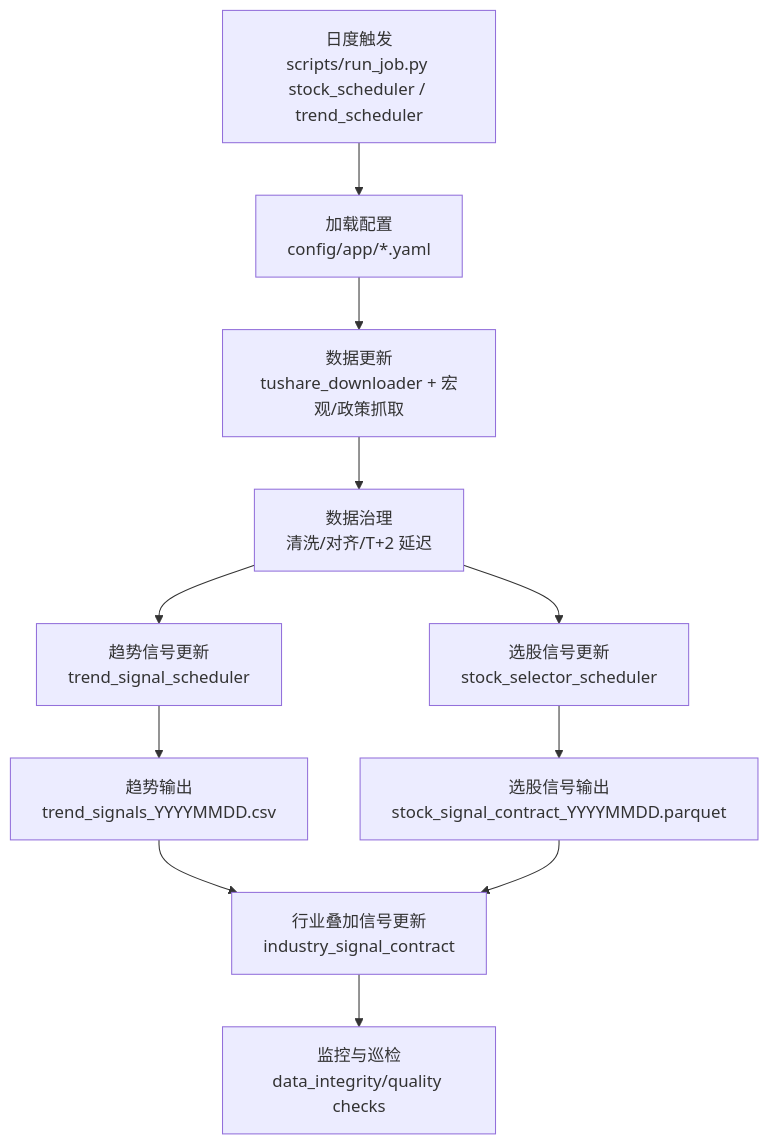
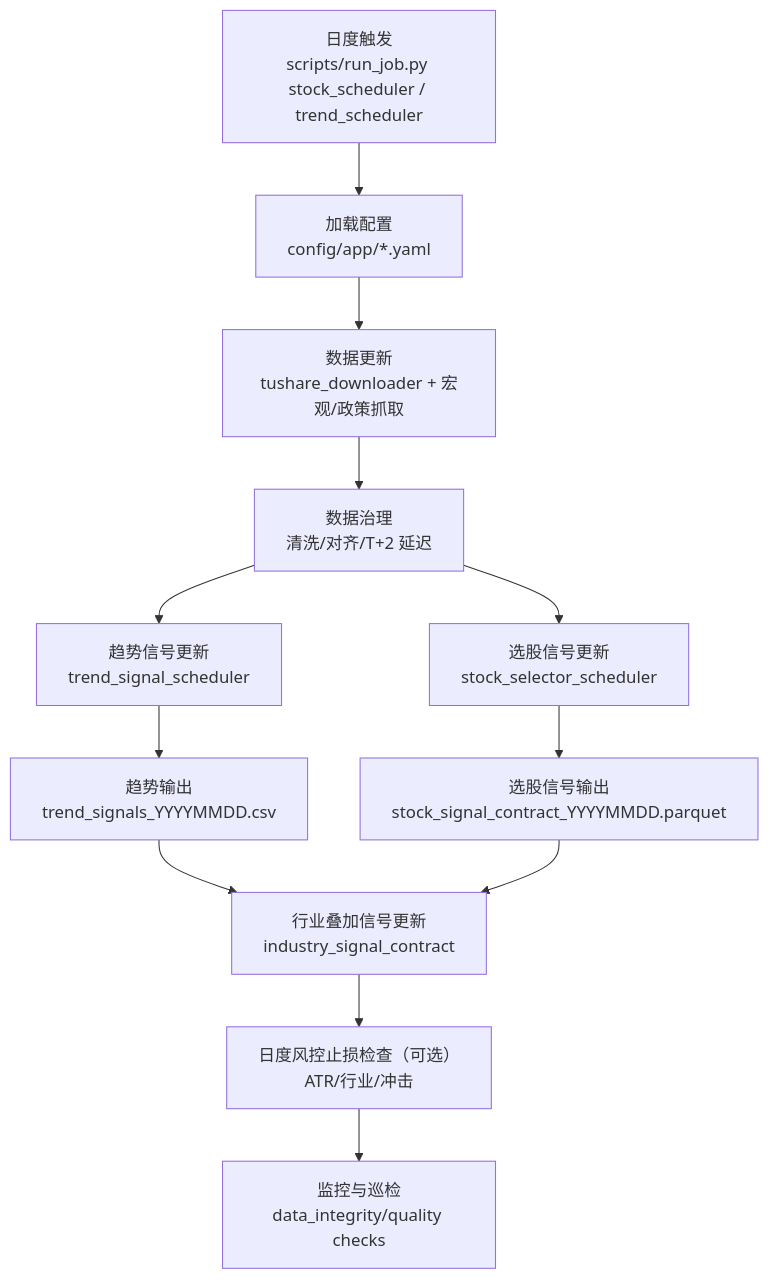
The third of 3 diagrams in docs/2.1 Sage股票智能交易平台总架构设计文档.md (xiaoguangdong/Sage), drawn with Mermaid before and after one commit. The commit also changed other lines of this file, not shown here.

````diff
--- a/docs/2.1 Sage股票智能交易平台总架构设计文档.md
+++ b/docs/2.1 Sage股票智能交易平台总架构设计文档.md
@@ -186,13 +186,14 @@
 ```mermaid
 flowchart TB
   D0["日度触发<br/>scripts/run_job.py stock_scheduler / trend_scheduler"] --> D1["加载配置<br/>config/app/*.yaml"]
   D1 --> D2["数据更新<br/>tushare_downloader + 宏观/政策抓取"]
   D2 --> D3["数据治理<br/>清洗/对齐/T+2 延迟"]
   D3 --> D4["趋势信号更新<br/>trend_signal_scheduler"]
   D3 --> D5["选股信号更新<br/>stock_selector_scheduler"]
   D4 --> D6["趋势输出<br/>trend_signals_YYYYMMDD.csv"]
   D5 --> D7["选股信号输出<br/>stock_signal_contract_YYYYMMDD.parquet"]
   D6 --> D8["行业叠加信号更新<br/>industry_signal_contract"]
   D7 --> D8
-  D8 --> D9["监控与巡检<br/>data_integrity/quality checks"]
+  D8 --> D9["日度风控止损检查（可选）<br/>ATR/行业/冲击"]
+  D9 --> D10["监控与巡检<br/>data_integrity/quality checks"]
 ```
````
